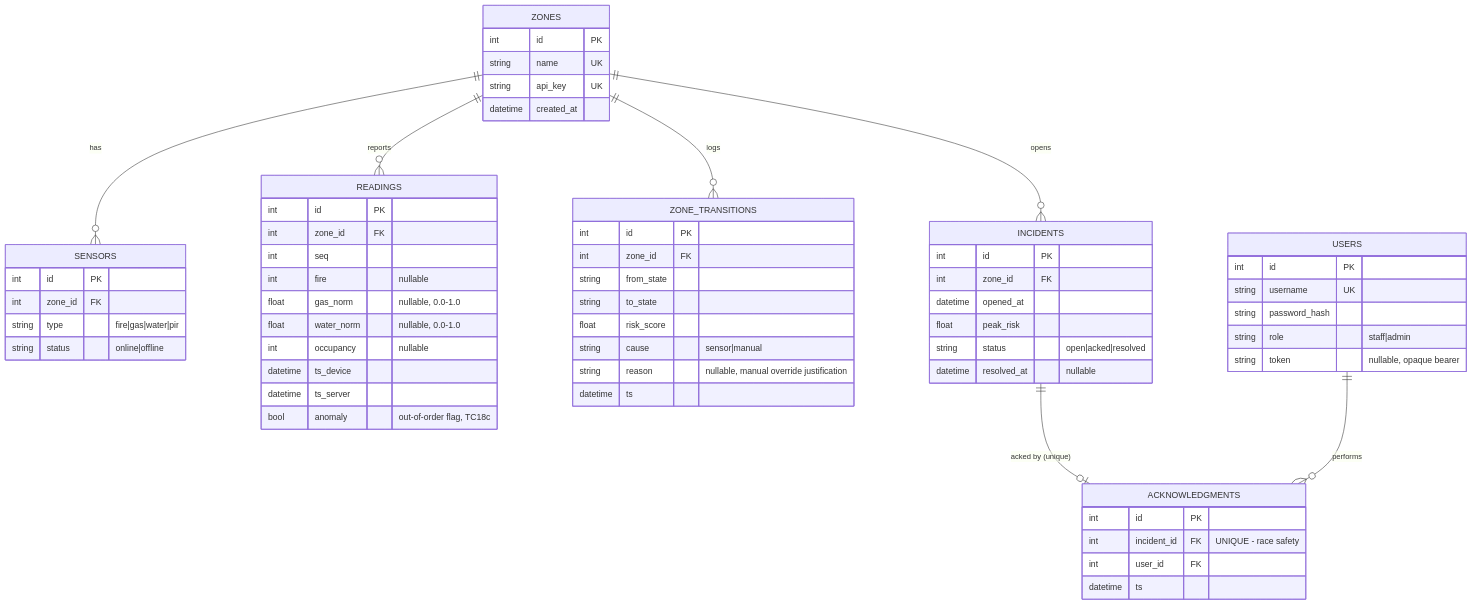
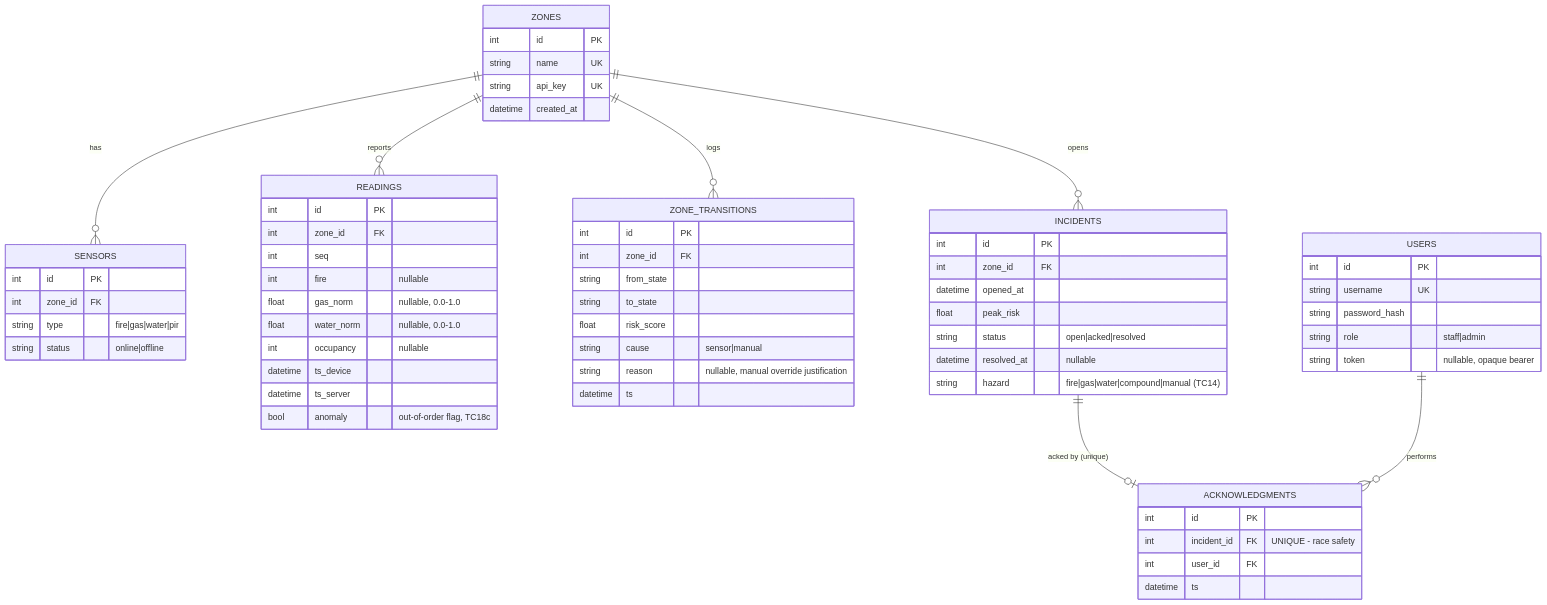
Before and after one commit to happinessisreal/Hackathon: the second of 2 diagrams in DOCUMENTATION.md, drawn with Mermaid. The commit also changed other lines of this file and 33 other files, not shown here.

````diff
--- a/DOCUMENTATION.md
+++ b/DOCUMENTATION.md
@@ -189,65 +193,66 @@
 ```mermaid
 erDiagram
     ZONES ||--o{ SENSORS : has
     ZONES ||--o{ READINGS : reports
     ZONES ||--o{ ZONE_TRANSITIONS : logs
     ZONES ||--o{ INCIDENTS : opens
     INCIDENTS ||--o| ACKNOWLEDGMENTS : "acked by (unique)"
     USERS ||--o{ ACKNOWLEDGMENTS : performs
 
     ZONES {
         int id PK
         string name UK
         string api_key UK
         datetime created_at
     }
     SENSORS {
         int id PK
         int zone_id FK
         string type "fire|gas|water|pir"
         string status "online|offline"
     }
     READINGS {
         int id PK
         int zone_id FK
         int seq
         int fire "nullable"
         float gas_norm "nullable, 0.0-1.0"
         float water_norm "nullable, 0.0-1.0"
         int occupancy "nullable"
         datetime ts_device
         datetime ts_server
         bool anomaly "out-of-order flag, TC18c"
     }
     ZONE_TRANSITIONS {
         int id PK
         int zone_id FK
         string from_state
         string to_state
         float risk_score
         string cause "sensor|manual"
         string reason "nullable, manual override justification"
         datetime ts
     }
     INCIDENTS {
         int id PK
         int zone_id FK
         datetime opened_at
         float peak_risk
         string status "open|acked|resolved"
         datetime resolved_at "nullable"
+        string hazard "fire|gas|water|compound|manual (TC14)"
     }
     ACKNOWLEDGMENTS {
         int id PK
         int incident_id FK "UNIQUE - race safety"
         int user_id FK
         datetime ts
     }
     USERS {
         int id PK
         string username UK
         string password_hash
         string role "staff|admin"
         string token "nullable, opaque bearer"
     }
 ```
````
